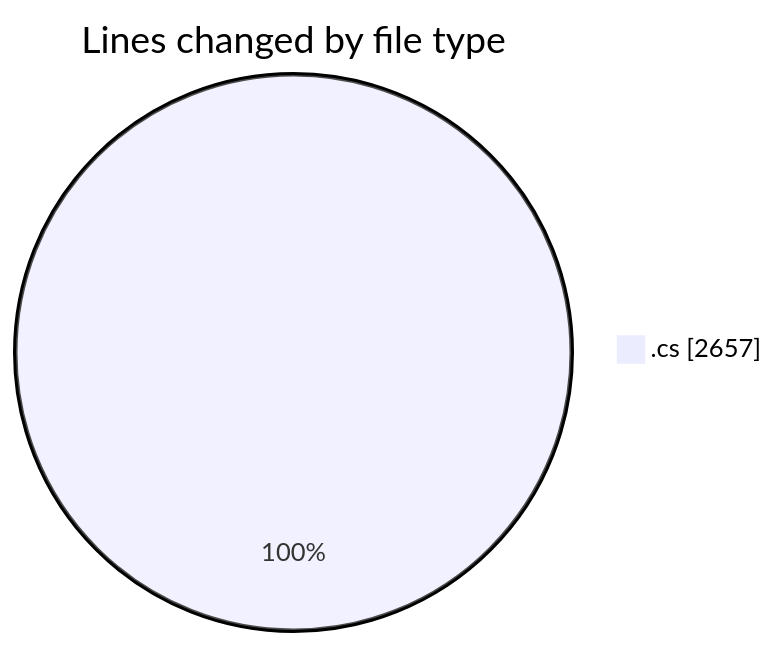
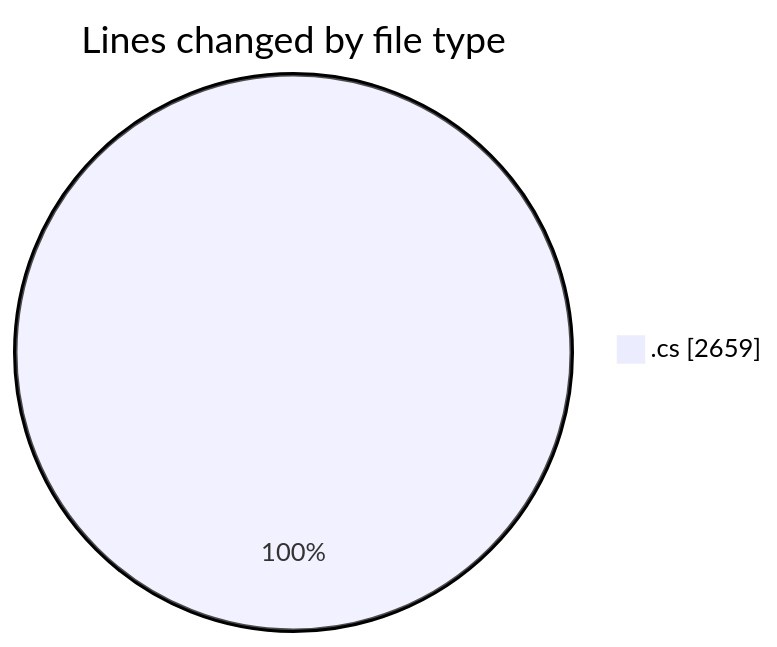
Before and after one commit to Netris89/code-tracking: the first of 2 diagrams in 2025-03-26/back-end/README.md, drawn with Mermaid. The commit also changed other lines of this file and 1 other file, not shown here.

````diff
--- a/2025-03-26/back-end/README.md
+++ b/2025-03-26/back-end/README.md
@@ -42,5 +42,5 @@
 ```mermaid
 pie showData
 title Lines changed by file type
-".cs" : 2657
+".cs" : 2659
 ```
````
